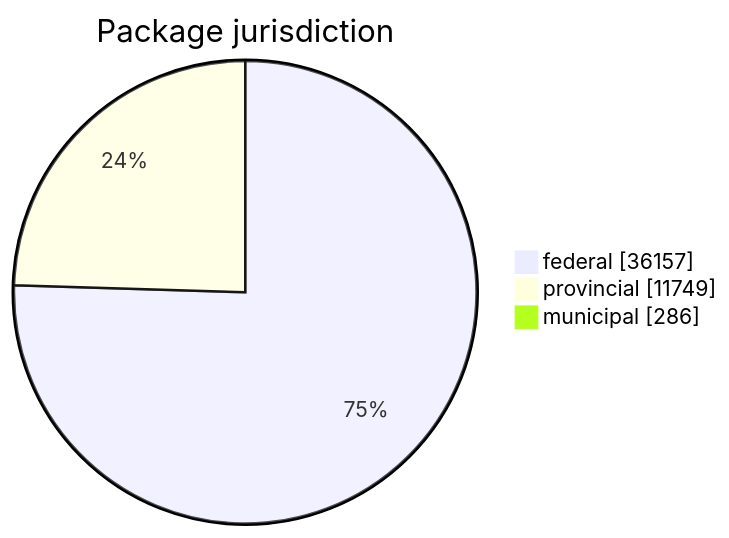
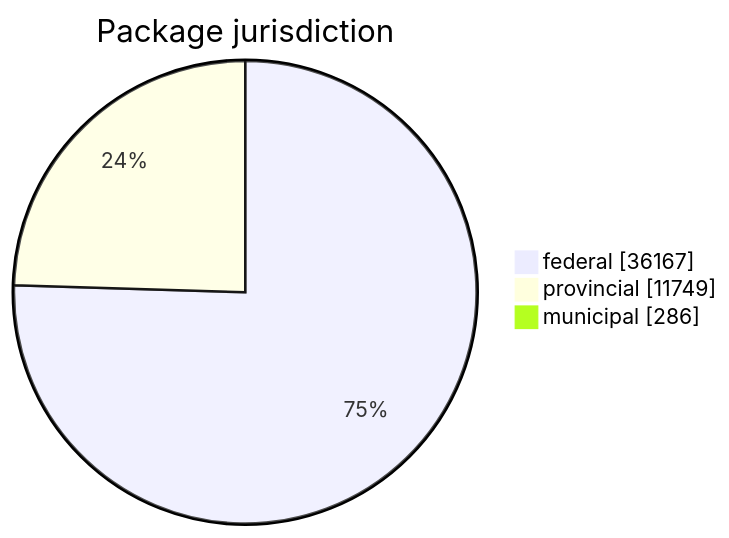
One commit to open-data/analytics-corporate-reporting changed the first of 5 diagrams in FreshCheck/README.md. Above: the diagram before and after it, drawn with Mermaid. The commit also changed other lines of this file and 3 other files, not shown here.

````diff
--- a/FreshCheck/README.md
+++ b/FreshCheck/README.md
@@ -60,6 +60,6 @@
 ```mermaid
 pie showData title Package jurisdiction
-    "federal": 36157
+    "federal": 36167
     "provincial": 11749
     "municipal": 286
 ```
````
